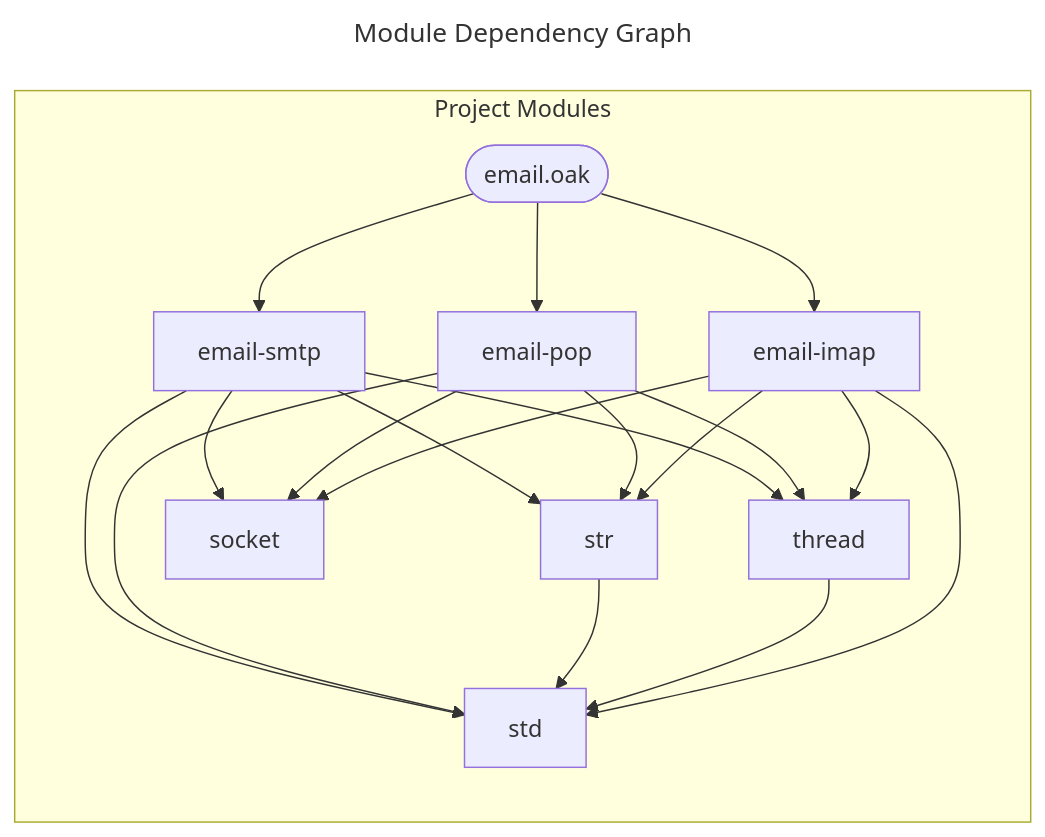
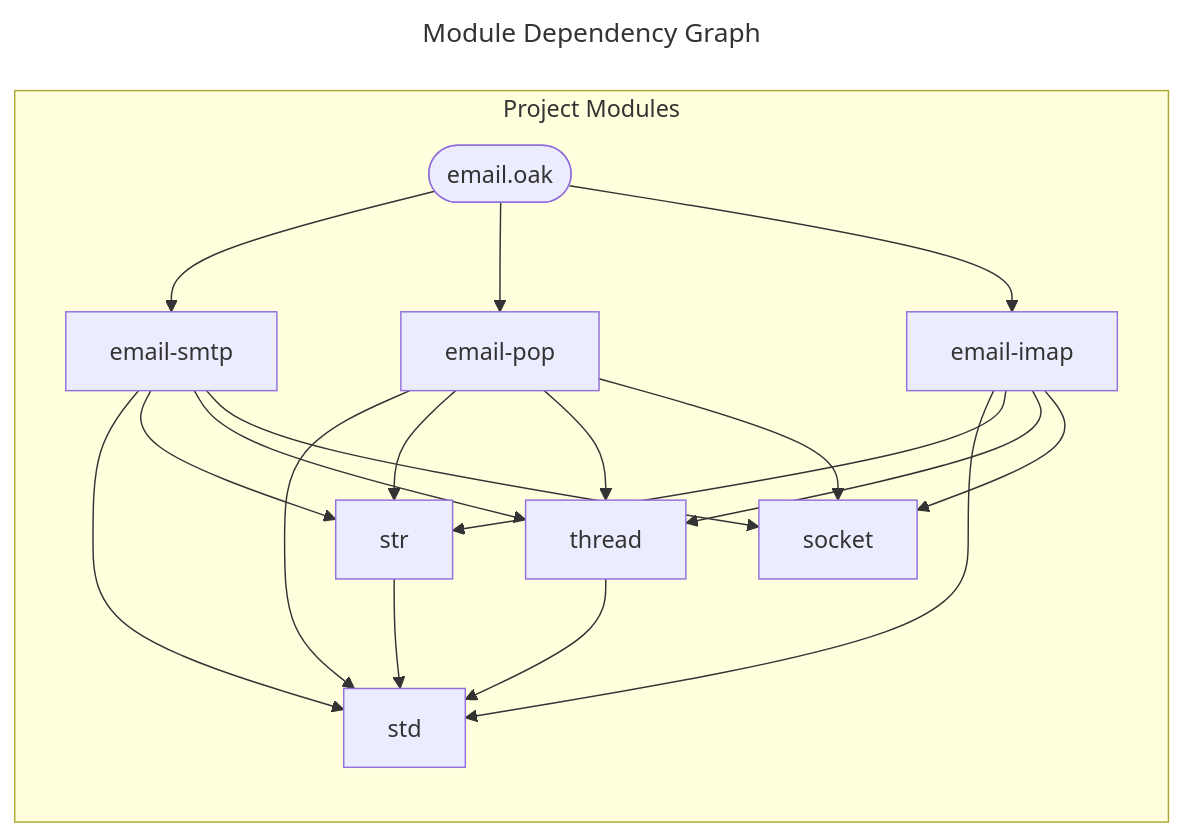
One commit to SpcFORK/magnolia changed the diagram in docs/spec/email.mmd. Above: the diagram before and after it, drawn with Mermaid. The commit also changed other lines of this file and 184 other files, not shown here.

```diff
--- a/docs/spec/email.mmd
+++ b/docs/spec/email.mmd
@@ -1,31 +1,31 @@
 ---
 title: Module Dependency Graph
 ---
 flowchart LR
     subgraph project_modules ["Project Modules"]
-        email_smtp["email-smtp"]
+        str["str"]
+        thread["thread"]
         socket["socket"]
         email_pop["email-pop"]
-        std["std"]
-        str["str"]
-        thread["thread"]
         email_imap["email-imap"]
         lib_email_oak(["email.oak"])
+        email_smtp["email-smtp"]
+        std["std"]
     end
-    email_smtp --> std
-    email_smtp --> str
-    email_smtp --> thread
-    email_smtp --> socket
+    str --> std
+    thread --> std
     email_pop --> std
     email_pop --> str
     email_pop --> thread
     email_pop --> socket
-    str --> std
-    thread --> std
     email_imap --> std
     email_imap --> str
     email_imap --> thread
     email_imap --> socket
     lib_email_oak --> email_smtp
     lib_email_oak --> email_pop
     lib_email_oak --> email_imap
+    email_smtp --> std
+    email_smtp --> str
+    email_smtp --> thread
+    email_smtp --> socket
```
